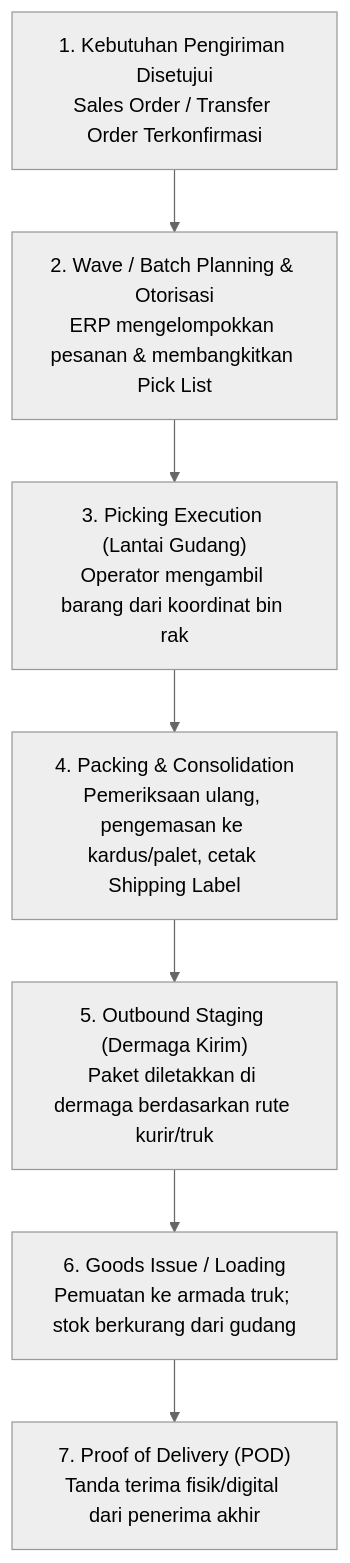
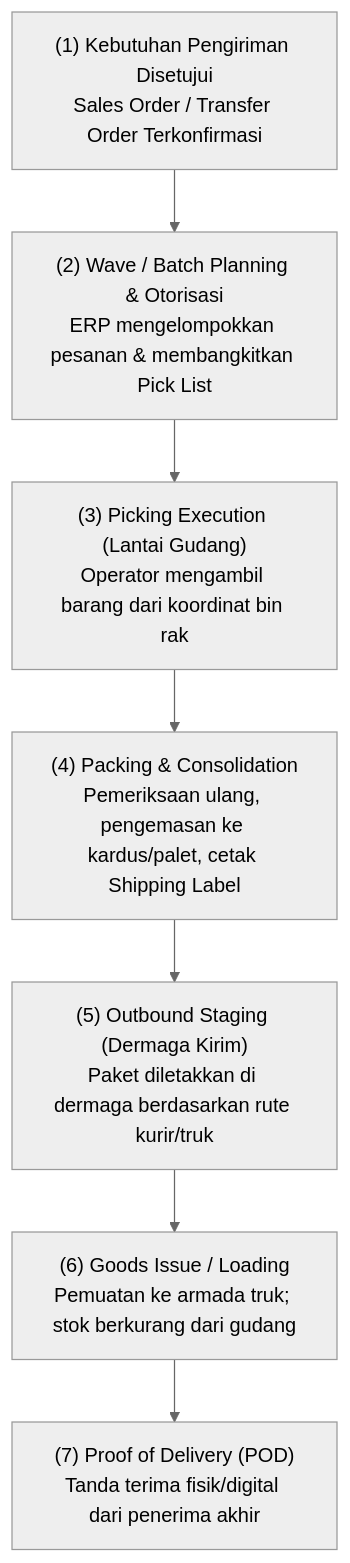
One commit to alimurrofid/erp-notes changed the first of 3 diagrams in content/05-inventory/inventory-picking-and-delivery.md. Above: the diagram before and after it, drawn with Mermaid (neutral theme). The commit also changed other lines of this file and 132 other files, not shown here.

````diff
--- a/content/05-inventory/inventory-picking-and-delivery.md
+++ b/content/05-inventory/inventory-picking-and-delivery.md
@@ -27,15 +27,15 @@
 ```mermaid
 flowchart TD
-    Demand["1. Kebutuhan Pengiriman Disetujui<br/>Sales Order / Transfer Order Terkonfirmasi"]
-    --> PickWave["2. Wave / Batch Planning & Otorisasi<br/>ERP mengelompokkan pesanan & membangkitkan Pick List"]
+    Demand["(1) Kebutuhan Pengiriman Disetujui<br/>Sales Order / Transfer Order Terkonfirmasi"]
+    --> PickWave["(2) Wave / Batch Planning & Otorisasi<br/>ERP mengelompokkan pesanan & membangkitkan Pick List"]
     
-    PickWave --> Picking["3. Picking Execution (Lantai Gudang)<br/>Operator mengambil barang dari koordinat bin rak"]
+    PickWave --> Picking["(3) Picking Execution (Lantai Gudang)<br/>Operator mengambil barang dari koordinat bin rak"]
     
-    Picking --> Packing["4. Packing & Consolidation<br/>Pemeriksaan ulang, pengemasan ke kardus/palet, cetak Shipping Label"]
+    Picking --> Packing["(4) Packing & Consolidation<br/>Pemeriksaan ulang, pengemasan ke kardus/palet, cetak Shipping Label"]
     
-    Packing --> Staging["5. Outbound Staging (Dermaga Kirim)<br/>Paket diletakkan di dermaga berdasarkan rute kurir/truk"]
+    Packing --> Staging["(5) Outbound Staging (Dermaga Kirim)<br/>Paket diletakkan di dermaga berdasarkan rute kurir/truk"]
     
-    Staging --> GoodsIssue["6. Goods Issue / Loading<br/>Pemuatan ke armada truk; stok berkurang dari gudang"]
+    Staging --> GoodsIssue["(6) Goods Issue / Loading<br/>Pemuatan ke armada truk; stok berkurang dari gudang"]
     
-    GoodsIssue --> POD["7. Proof of Delivery (POD)<br/>Tanda terima fisik/digital dari penerima akhir"]
+    GoodsIssue --> POD["(7) Proof of Delivery (POD)<br/>Tanda terima fisik/digital dari penerima akhir"]
 ```
````
